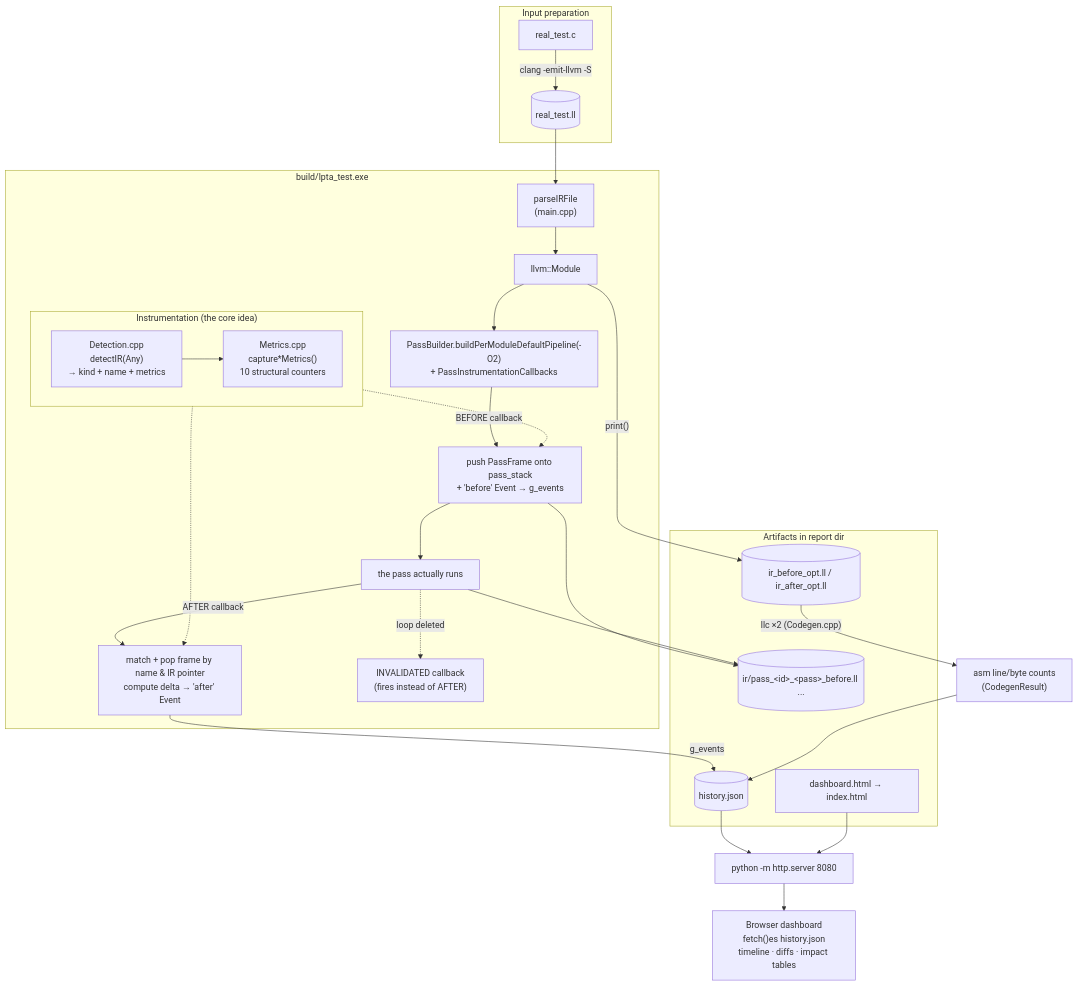
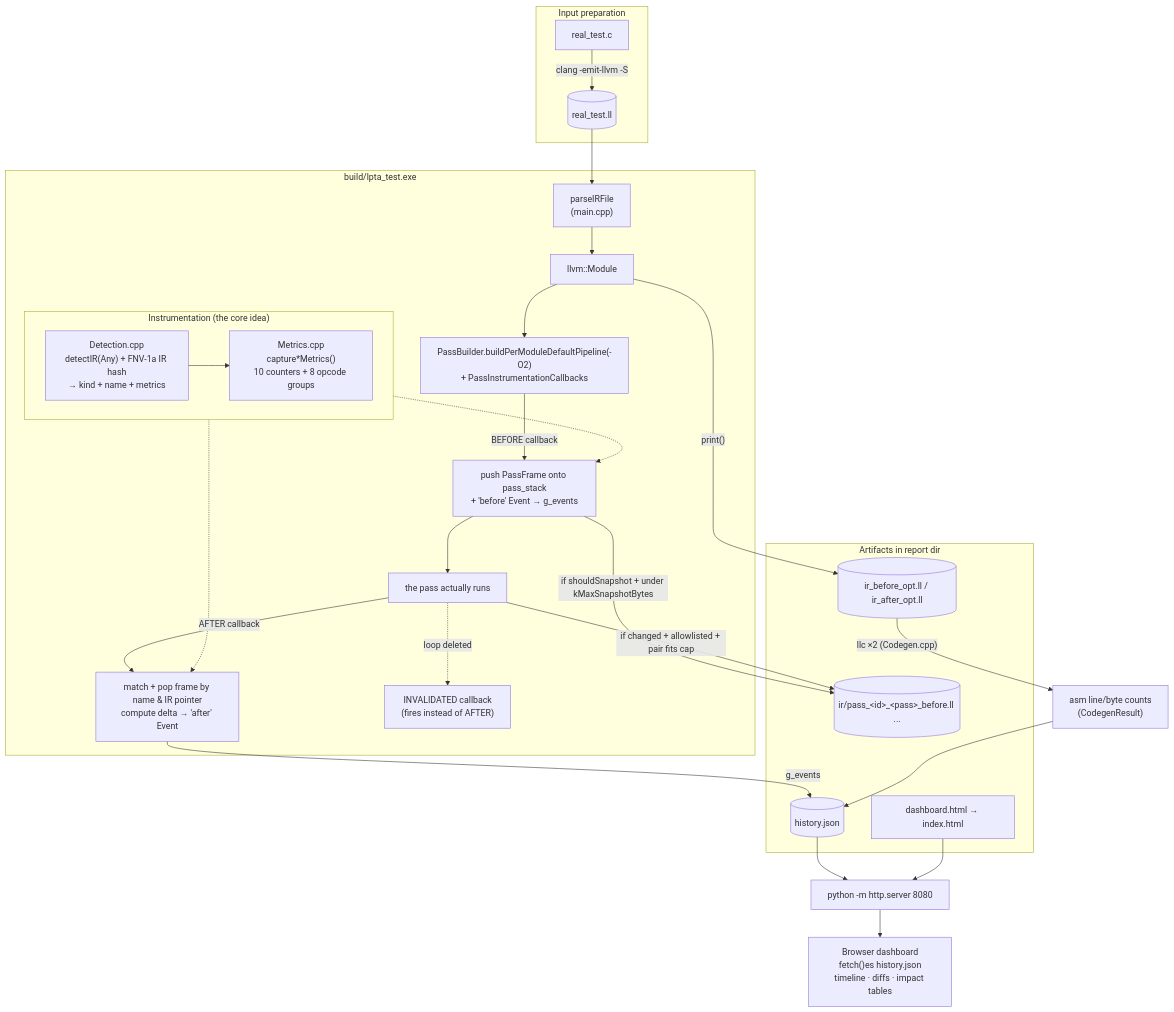
The first of 3 diagrams in docs/architecture/DATA_FLOW.md (rithesh-4/LPTA), drawn with Mermaid before and after one commit. The commit also changed other lines of this file and 13 other files, not shown here.

````diff
--- a/docs/architecture/DATA_FLOW.md
+++ b/docs/architecture/DATA_FLOW.md
@@ -19,44 +19,44 @@
 ```mermaid
 flowchart TD
     subgraph INPUT["Input preparation"]
         C["real_test.c"] -->|"clang -emit-llvm -S"| LL[("real_test.ll")]
     end
 
     subgraph LPTA["build/lpta_test.exe"]
         PARSE["parseIRFile<br/>(main.cpp)"] --> MOD["llvm::Module"]
         MOD --> PB["PassBuilder.buildPerModuleDefaultPipeline(-O2)<br/>+ PassInstrumentationCallbacks"]
 
         subgraph INSTR["Instrumentation (the core idea)"]
             direction LR
-            DET["Detection.cpp<br/>detectIR(Any)<br/>→ kind + name + metrics"] --> MET["Metrics.cpp<br/>capture*Metrics()<br/>10 structural counters"]
+            DET["Detection.cpp<br/>detectIR(Any) + FNV-1a IR hash<br/>→ kind + name + metrics"] --> MET["Metrics.cpp<br/>capture*Metrics()<br/>10 counters + 8 opcode groups"]
         end
 
         PB -->|"BEFORE callback"| PUSH["push PassFrame onto pass_stack<br/>+ 'before' Event → g_events"]
         PUSH --> RUN["the pass actually runs"]
         RUN -->|"AFTER callback"| POP["match + pop frame by name & IR pointer<br/>compute delta → 'after' Event"]
         RUN -.->|"loop deleted"| INV["INVALIDATED callback<br/>(fires instead of AFTER)"]
         DET -.-> PUSH
         DET -.-> POP
     end
 
     LL --> PARSE
 
     subgraph OUTPUT["Artifacts in report dir"]
         JSON[("history.json")]
         IRO[("ir_before_opt.ll / ir_after_opt.ll")]
         SNAP[("ir/pass_&lt;id&gt;_&lt;pass&gt;_before.ll ...")]
         DASH["dashboard.html → index.html"]
     end
 
     MOD -->|"print()"| IRO
     POP -->|"g_events"| JSON
-    PUSH --> SNAP
-    RUN --> SNAP
+    PUSH -->|"if shouldSnapshot + under kMaxSnapshotBytes"| SNAP
+    RUN -->|"if changed + allowlisted + pair fits cap"| SNAP
 
     IRO -->|"llc ×2 (Codegen.cpp)"| ASM["asm line/byte counts<br/>(CodegenResult)"]
     ASM --> JSON
 
     JSON --> SERVE["python -m http.server 8080"]
     DASH --> SERVE
     SERVE --> BROWSER["Browser dashboard<br/>fetch()es history.json<br/>timeline · diffs · impact tables"]
 ```
````
